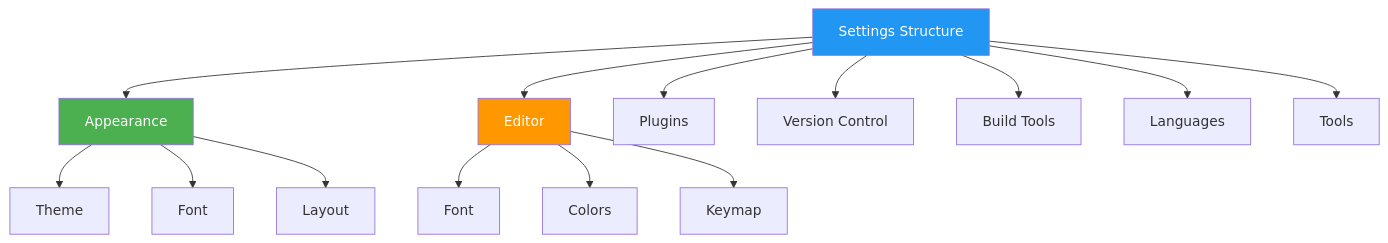
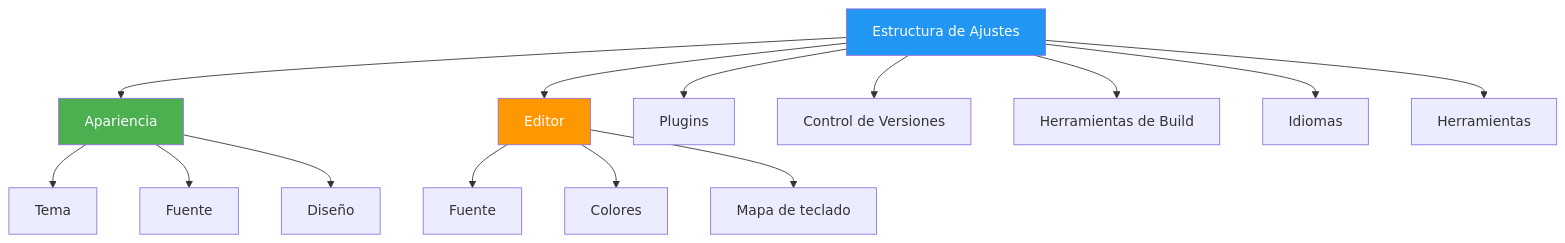
The second of 2 diagrams in 04-configuracion-personalizacion.md (joseluisgs/EntornosDesarrollo-02-2026-2027), drawn with Mermaid before and after one commit. The commit also changed other lines of this file and 9 other files, not shown here.

First line of the commit message:
[fix] Auditoría completa UD02: errores, formato, CCEE, Mermaid, ejemplos

````diff
--- a/04-configuracion-personalizacion.md
+++ b/04-configuracion-personalizacion.md
@@ -113,22 +113,22 @@
 ```mermaid
 graph TD
-    A[Settings Structure] --> B[Appearance]
+    A[Estructura de Ajustes] --> B[Apariencia]
     A --> C[Editor]
     A --> D[Plugins]
-    A --> E[Version Control]
-    A --> F[Build Tools]
-    A --> G[Languages]
-    A --> H[Tools]
+    A --> E[Control de Versiones]
+    A --> F[Herramientas de Build]
+    A --> G[Idiomas]
+    A --> H[Herramientas]
 
-    B --> B1[Theme]
-    B --> B2[Font]
-    B --> B3[Layout]
+    B --> B1[Tema]
+    B --> B2[Fuente]
+    B --> B3[Diseño]
 
-    C --> C1[Font]
-    C --> C2[Colors]
-    C --> C3[Keymap]
+    C --> C1[Fuente]
+    C --> C2[Colores]
+    C --> C3[Mapa de teclado]
 
     style A fill:#2196F3,color:#fff
     style B fill:#4CAF50,color:#fff
     style C fill:#FF9800,color:#fff
 ```
````
